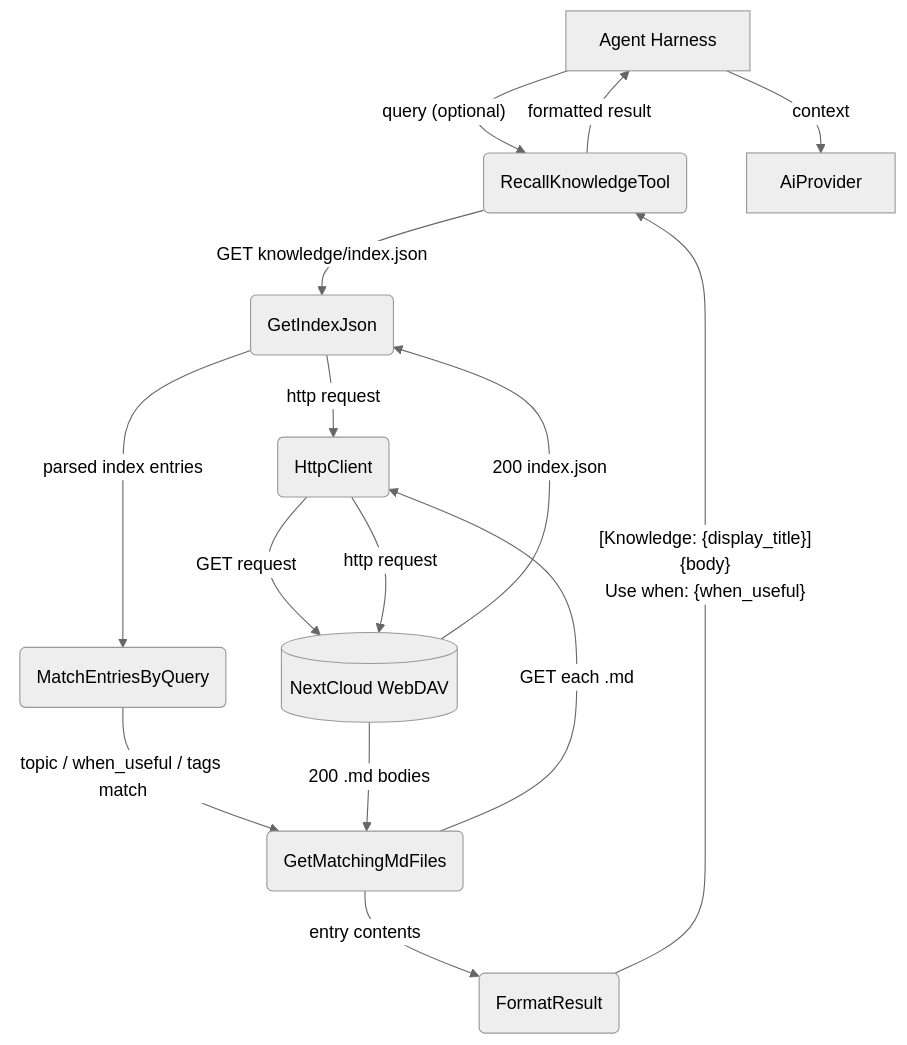
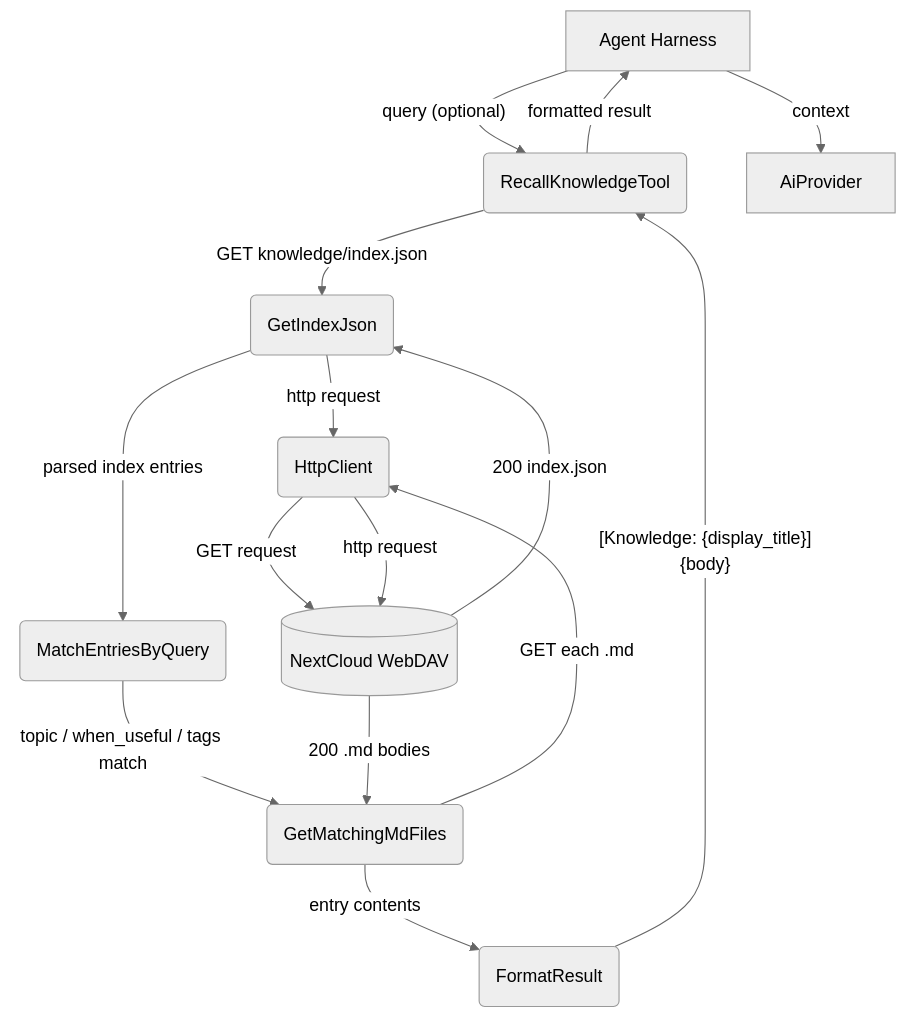
One commit to cosmoswafer/rockbot changed the third of 5 diagrams in _dfds/tools/knowledge.md. Above: the diagram before and after it, drawn with Mermaid (neutral theme). The commit also changed other lines of this file and 26 other files, not shown here.

````diff
--- a/_dfds/tools/knowledge.md
+++ b/_dfds/tools/knowledge.md
@@ -91,27 +96,27 @@
 ```mermaid
 flowchart TD
     AGENT[Agent Harness]
     RECALL(RecallKnowledgeTool)
     GET_IDX(GetIndexJson)
     MATCH(MatchEntriesByQuery)
     GET_MD(GetMatchingMdFiles)
     FORMAT_CONTENT(FormatResult)
     HTTP(HttpClient)
     DAV[(NextCloud WebDAV)]
     AI[AiProvider]
 
     AGENT -->|"query (optional)"| RECALL
     RECALL -->|"GET knowledge/index.json"| GET_IDX
     GET_IDX -->|"http request"| HTTP
     HTTP -->|"GET request"| DAV
     DAV -->|"200 index.json"| GET_IDX
     GET_IDX -->|"parsed index entries"| MATCH
     MATCH -->|"topic / when_useful / tags match"| GET_MD
     GET_MD -->|"GET each .md"| HTTP
     HTTP -->|"http request"| DAV
     DAV -->|"200 .md bodies"| GET_MD
     GET_MD -->|"entry contents"| FORMAT_CONTENT
-    FORMAT_CONTENT -->|"[Knowledge: {display_title}]\n{body}\nUse when: {when_useful}"| RECALL
+    FORMAT_CONTENT -->|"[Knowledge: {display_title}]\n{body}"| RECALL
     RECALL -->|"formatted result"| AGENT
     AGENT -->|"context"| AI
 ```
````
